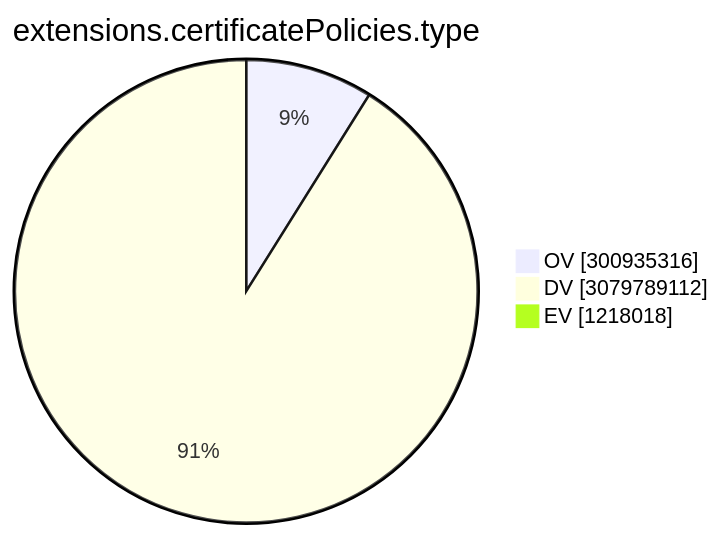
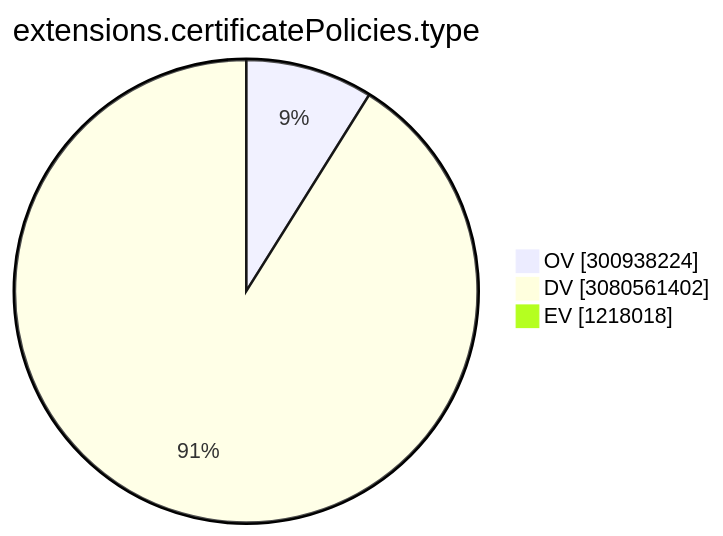
One commit to christiankrug/ctmonitor_visualization changed the ninth of 15 diagrams in TOTAL/README.md. Above: the diagram before and after it, drawn with Mermaid. The commit also changed other lines of this file, not shown here.

````diff
--- a/TOTAL/README.md
+++ b/TOTAL/README.md
@@ -3103,7 +3103,7 @@
 ```mermaid
 pie showData
 title extensions.certificatePolicies.type
-"OV" :300935316
-"DV" :3079789112
+"OV" :300938224
+"DV" :3080561402
 "EV" :1218018
 ```
````
